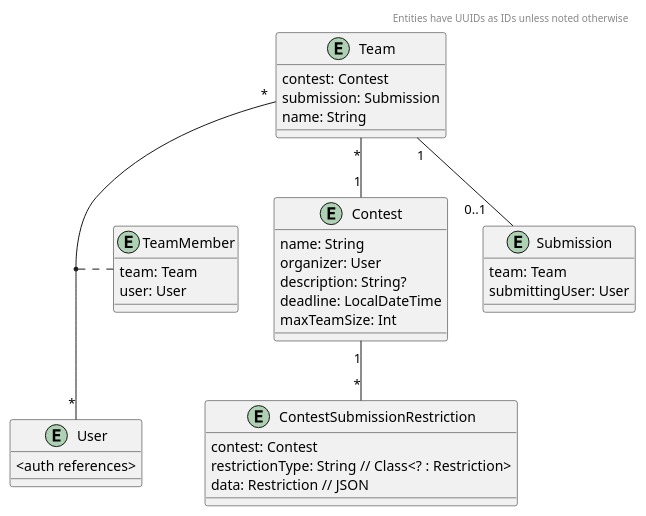
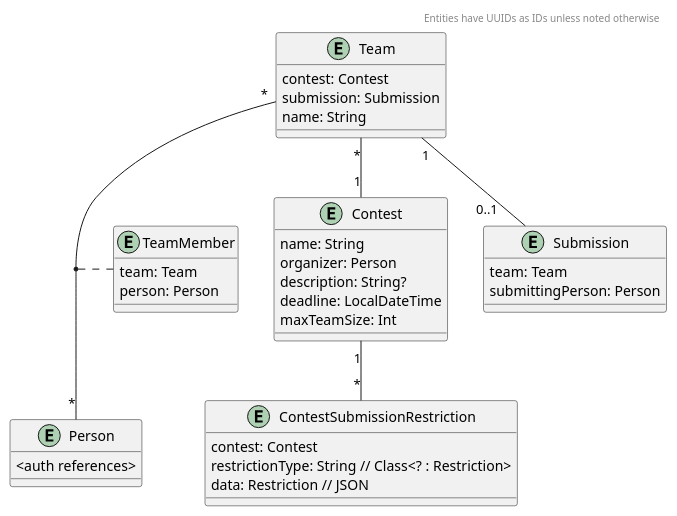
The diagram in docs/erd.puml (ContestSubmission/Backend), drawn with PlantUML before and after one commit. The commit also changed 18 other files, not shown here.

```diff
--- a/docs/erd.puml
+++ b/docs/erd.puml
@@ -1,51 +1,49 @@
 @startuml
 header
 Entities have UUIDs as IDs unless noted otherwise
 endheader
 
 entity Team {
 	contest: Contest
 	submission: Submission
 	name: String
 }
 
 entity TeamMember {
 	team: Team
-	user: User
+	person: Person
 }
 
-entity User {
+entity Person {
 	<auth references>
 }
 
-Team "*" -- "*" User
-(Team, User) .. TeamMember
+Team "*" -- "*" Person
+(Team, Person) .. TeamMember
 
 entity Contest {
 	name: String
-	organizer: User
+	organizer: Person
 	description: String?
 	deadline: LocalDateTime
 	maxTeamSize: Int
 }
 
 Team "*" -- "1" Contest
 
 entity ContestSubmissionRestriction {
 	contest: Contest
 	restrictionType: String // Class<? : Restriction>
 	data: Restriction // JSON
 }
 
 Contest "1" -- "*" ContestSubmissionRestriction
 
 entity Submission {
 	team: Team
-	submittingUser: User
+	submittingPerson: Person
 }
 
 Team "1" -- "0..1     " Submission
 
-
-
 @enduml
```
